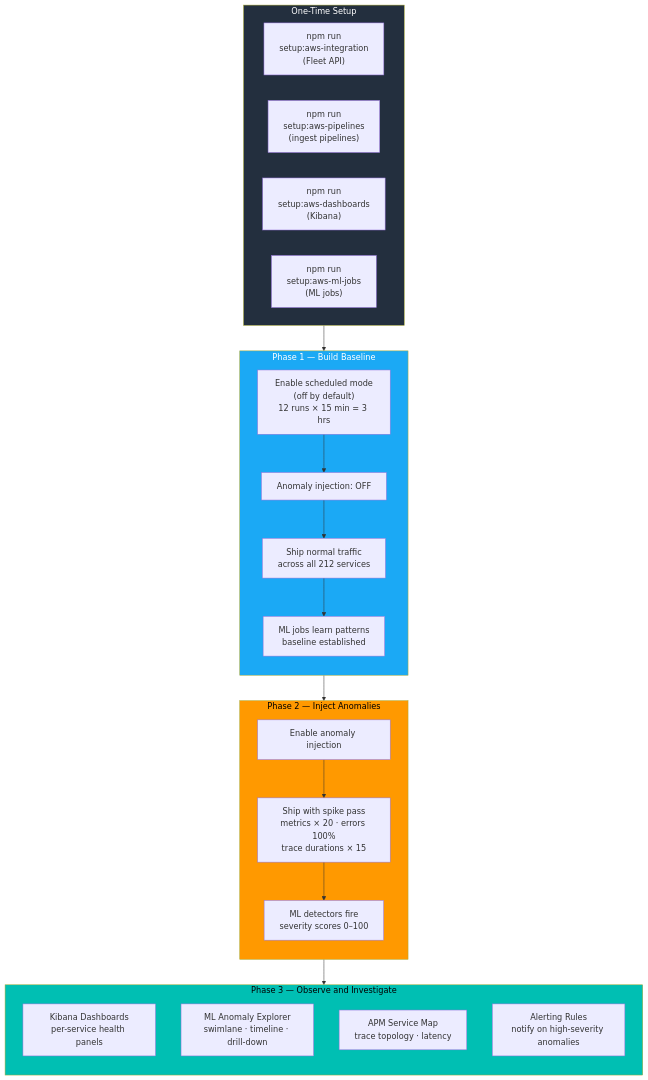
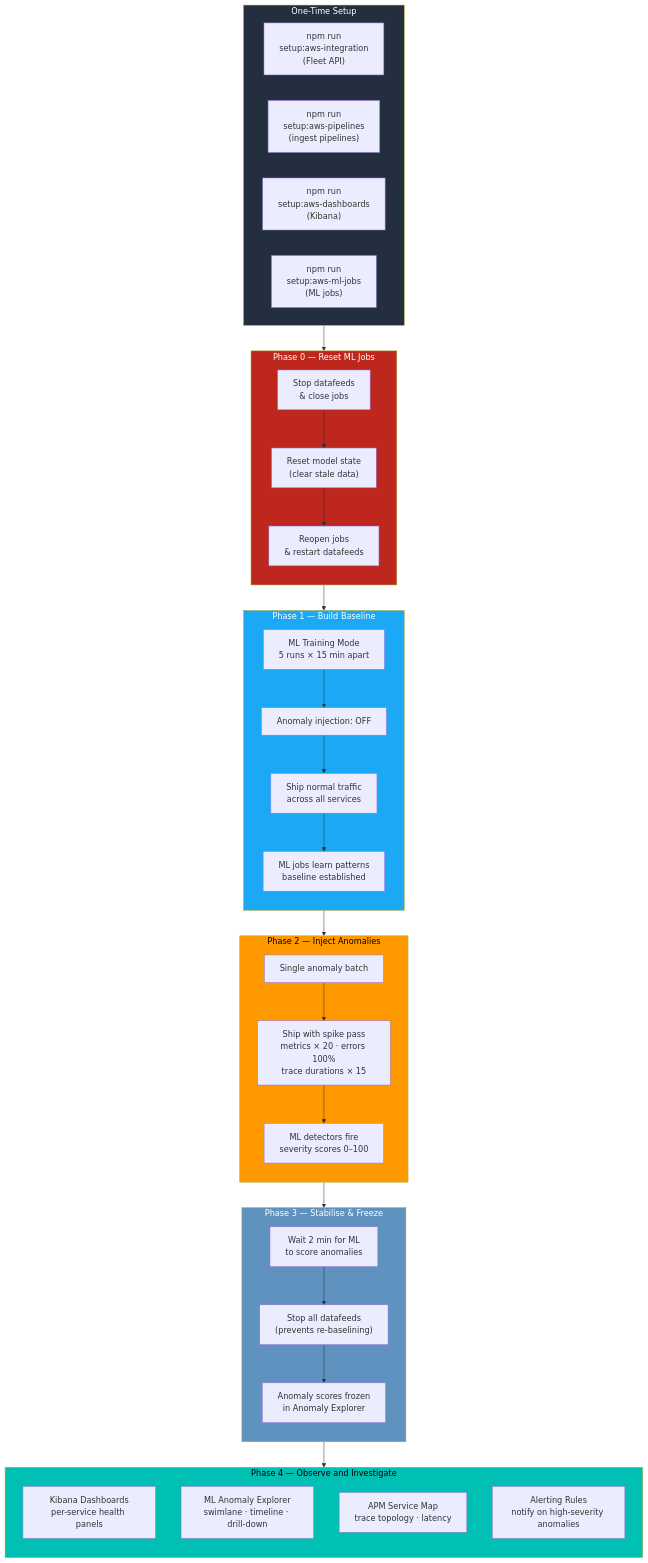
One commit to rkernutt/cloud-to-elastic-load-generator changed diagram 14 of 14 in docs/diagrams.md. Above: the diagram before and after it, drawn with Mermaid. The commit also changed 10 other files, not shown here.

First line of the commit message:
Reset ML jobs at start of training to prevent stale model renormalization

````diff
--- a/docs/diagrams.md
+++ b/docs/diagrams.md
@@ -804,46 +804,68 @@
 ```mermaid
 flowchart TD
     subgraph SETUP["One-Time Setup"]
         direction LR
         I1["npm run\nsetup:aws-integration\n(Fleet API)"]
         I2["npm run\nsetup:aws-pipelines\n(ingest pipelines)"]
         I3["npm run\nsetup:aws-dashboards\n(Kibana)"]
         I4["npm run\nsetup:aws-ml-jobs\n(ML jobs)"]
     end
 
-    SETUP --> BASELINE
+    SETUP --> RESET
+
+    subgraph RESET["Phase 0 — Reset ML Jobs"]
+        direction TB
+        R1["Stop datafeeds\n& close jobs"]
+        R2["Reset model state\n(clear stale data)"]
+        R3["Reopen jobs\n& restart datafeeds"]
+        R1 --> R2 --> R3
+    end
+
+    RESET --> BASELINE
 
     subgraph BASELINE["Phase 1 — Build Baseline"]
         direction TB
-        B1["Enable scheduled mode\n(off by default)\n12 runs × 15 min = 3 hrs"]
+        B1["ML Training Mode\n5 runs × 15 min apart"]
         B2["Anomaly injection: OFF"]
-        B3["Ship normal traffic\nacross all 212 services"]
+        B3["Ship normal traffic\nacross all services"]
         B4["ML jobs learn patterns\nbaseline established"]
         B1 --> B2 --> B3 --> B4
     end
 
     BASELINE --> SPIKE
 
     subgraph SPIKE["Phase 2 — Inject Anomalies"]
         direction TB
-        SP1["Enable anomaly injection"]
+        SP1["Single anomaly batch"]
         SP2["Ship with spike pass\nmetrics × 20 · errors 100%\ntrace durations × 15"]
         SP3["ML detectors fire\nseverity scores 0–100"]
         SP1 --> SP2 --> SP3
     end
 
-    SPIKE --> OBSERVE
+    SPIKE --> FREEZE
 
-    subgraph OBSERVE["Phase 3 — Observe and Investigate"]
+    subgraph FREEZE["Phase 3 — Stabilise & Freeze"]
+        direction TB
+        F1["Wait 2 min for ML\nto score anomalies"]
+        F2["Stop all datafeeds\n(prevents re-baselining)"]
+        F3["Anomaly scores frozen\nin Anomaly Explorer"]
+        F1 --> F2 --> F3
+    end
+
+    FREEZE --> OBSERVE
+
+    subgraph OBSERVE["Phase 4 — Observe and Investigate"]
         direction TB
         O1["Kibana Dashboards\nper-service health panels"]
         O2["ML Anomaly Explorer\nswimlane · timeline · drill-down"]
         O3["APM Service Map\ntrace topology · latency"]
         O4["Alerting Rules\nnotify on high-severity anomalies"]
     end
 
     style SETUP fill:#232F3E,color:#fff
+    style RESET fill:#BD271E,color:#fff
     style BASELINE fill:#1BA9F5,color:#fff
     style SPIKE fill:#FF9900,color:#000
+    style FREEZE fill:#6092C0,color:#fff
     style OBSERVE fill:#00BFB3,color:#000
 ```
````
